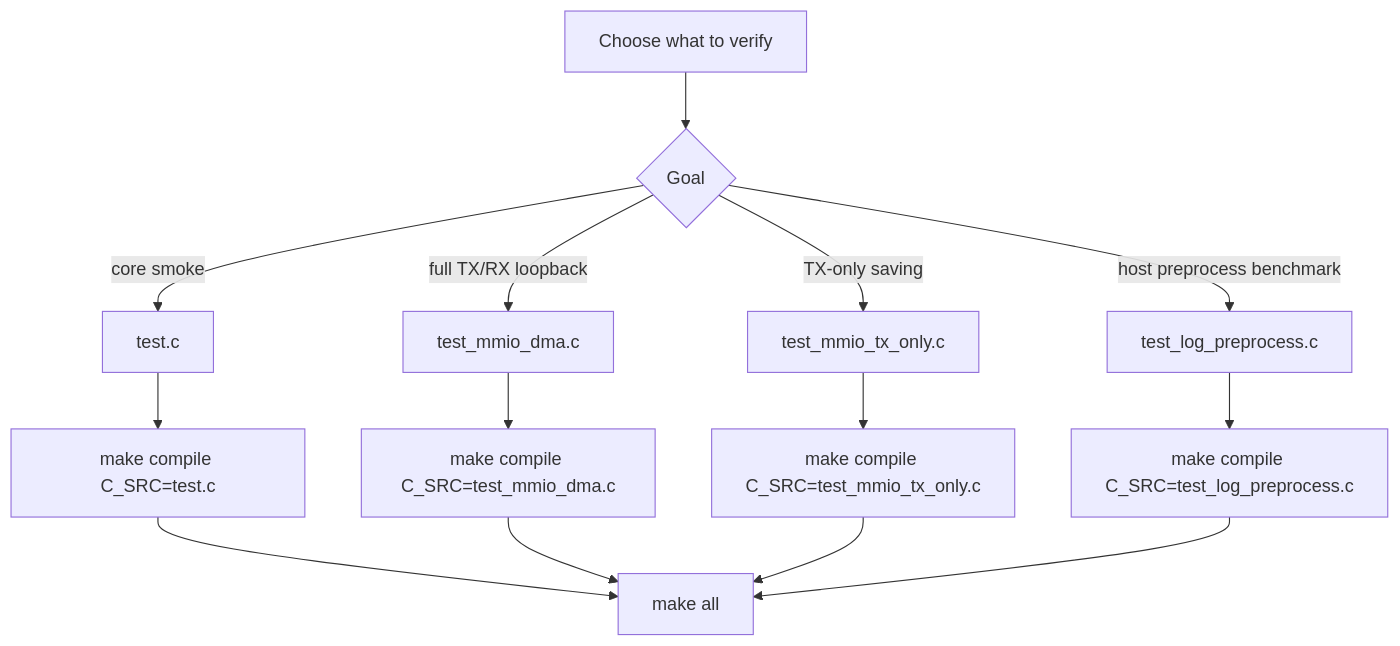
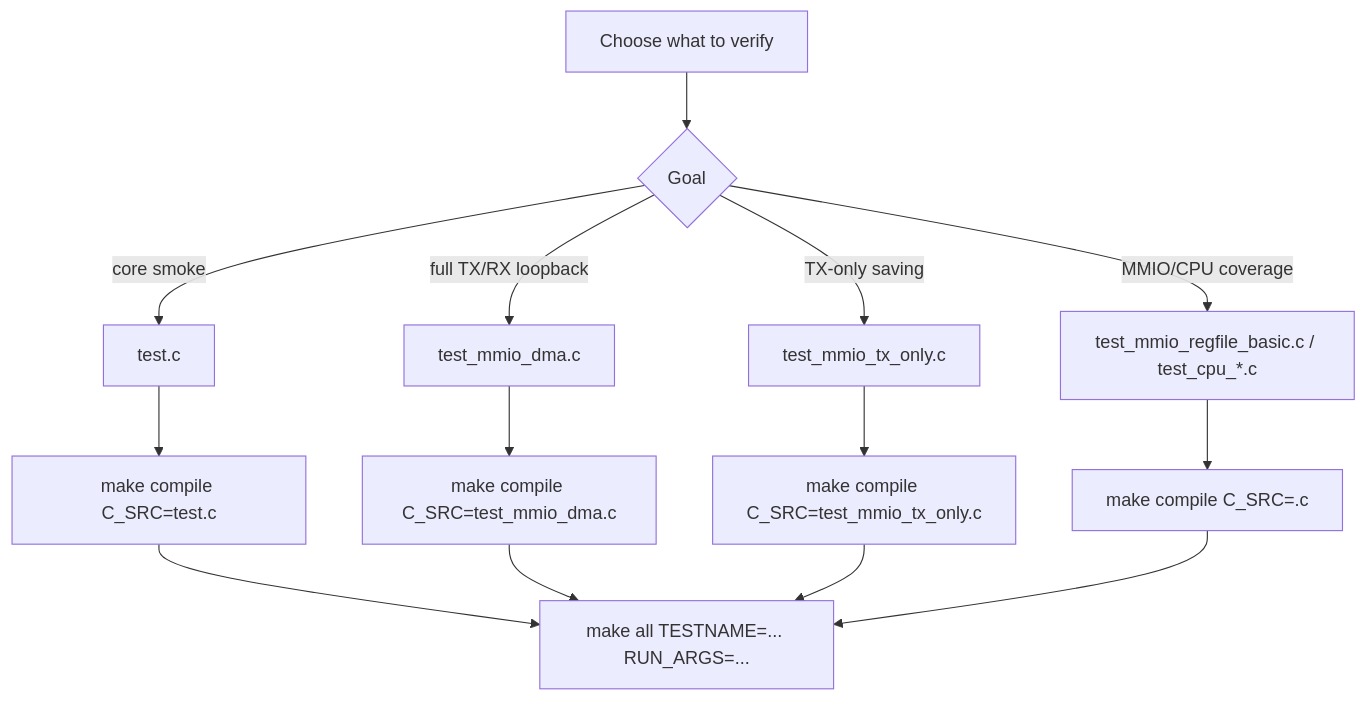
The diagram in docs/c_files_explained.md (ngoquocan139/AES_huffman_all6), drawn with Mermaid before and after one commit. The commit also changed other lines of this file and 221 other files, not shown here.

````diff
--- a/docs/c_files_explained.md
+++ b/docs/c_files_explained.md
@@ -22,16 +34,16 @@
 ```mermaid
 flowchart TD
   A["Choose what to verify"] --> B{"Goal"}
   B -->|"core smoke"| C["test.c"]
   B -->|"full TX/RX loopback"| D["test_mmio_dma.c"]
   B -->|"TX-only saving"| E["test_mmio_tx_only.c"]
-  B -->|"host preprocess benchmark"| F["test_log_preprocess.c"]
+  B -->|"MMIO/CPU coverage"| F["test_mmio_regfile_basic.c / test_cpu_*.c"]
   C --> G["make compile C_SRC=test.c"]
   D --> H["make compile C_SRC=test_mmio_dma.c"]
   E --> I["make compile C_SRC=test_mmio_tx_only.c"]
-  F --> J["make compile C_SRC=test_log_preprocess.c"]
-  G --> K["make all"]
+  F --> J["make compile C_SRC=<coverage>.c"]
+  G --> K["make all TESTNAME=... RUN_ARGS=..."]
   H --> K
   I --> K
   J --> K
 ```
````
